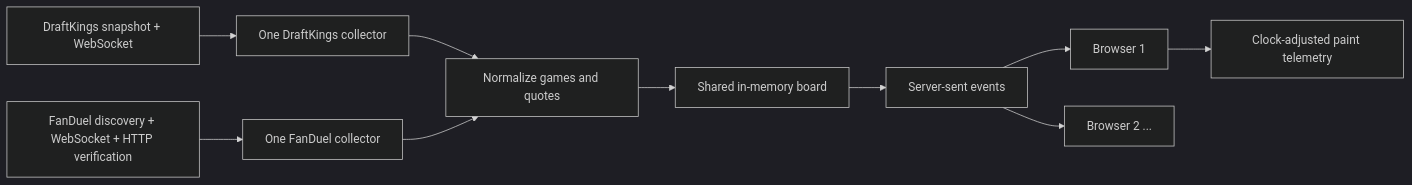
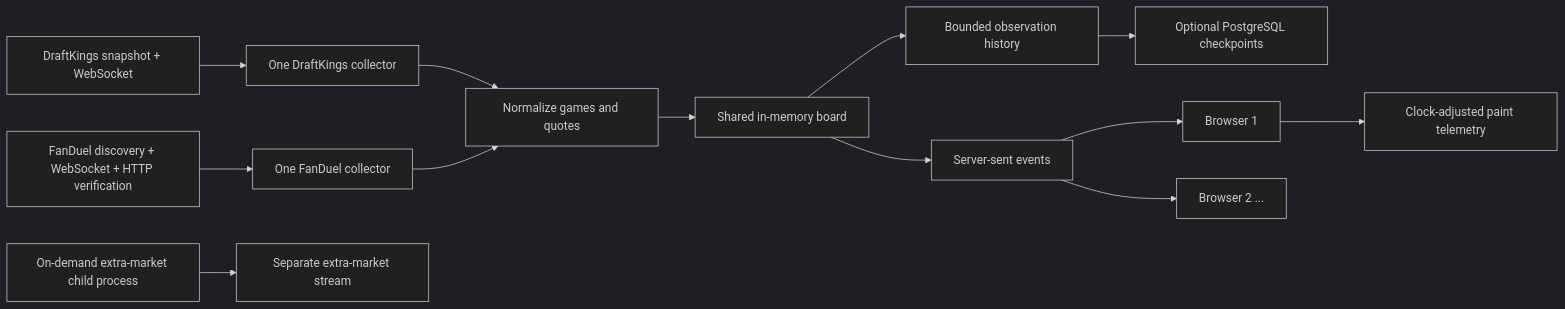
The diagram in README.md (ali-reza-moradian/fieldline-codex), drawn with Mermaid (dark theme) before and after one commit. The commit also changed other lines of this file and 29 other files, not shown here.

Commit message:
Add isolated Ontario extra markets and retained price history

````diff
--- a/README.md
+++ b/README.md
@@ -75,12 +79,15 @@
 ```mermaid
 flowchart LR
   DK[DraftKings snapshot + WebSocket] --> DKA[One DraftKings collector]
   FD[FanDuel discovery + WebSocket + HTTP verification] --> FDA[One FanDuel collector]
   DKA --> N[Normalize games and quotes]
   FDA --> N
   N --> S[Shared in-memory board]
   S --> SSE[Server-sent events]
+  S --> H[Bounded observation history]
+  H --> PG[Optional PostgreSQL checkpoints]
+  E[On-demand extra-market child process] --> ES[Separate extra-market stream]
   SSE --> B1[Browser 1]
   SSE --> B2[Browser 2 ...]
   B1 --> M[Clock-adjusted paint telemetry]
 ```
````
